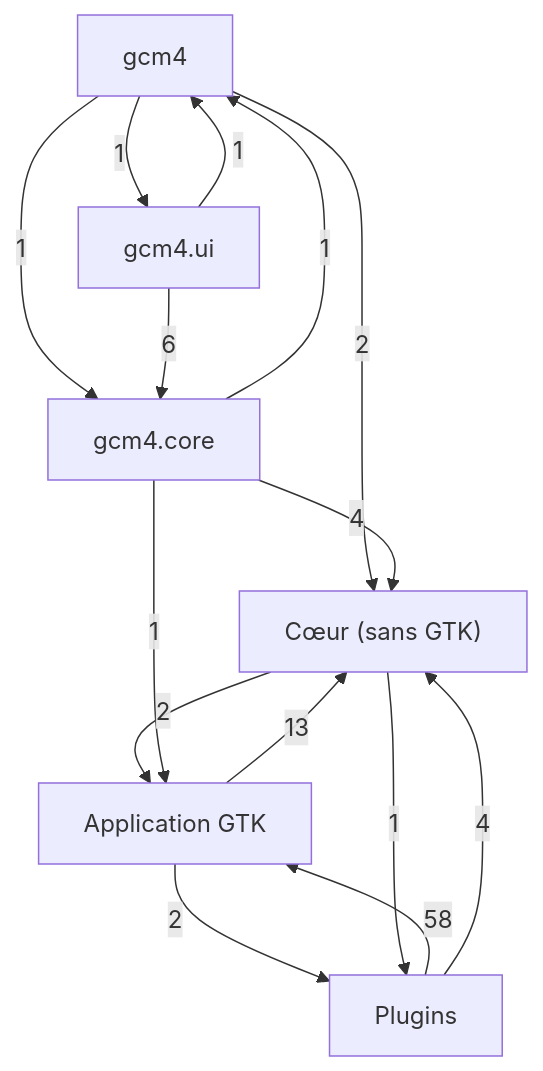
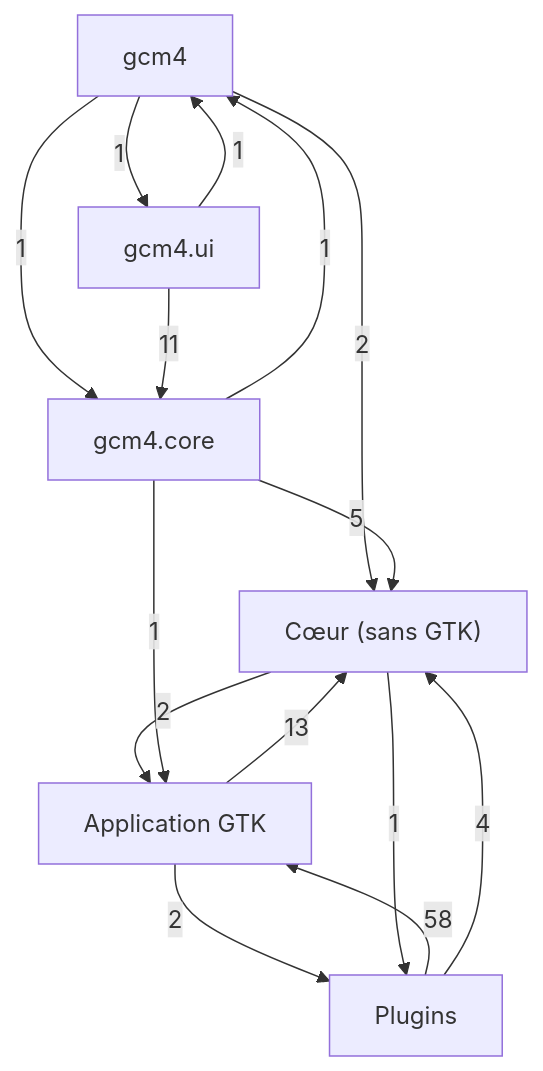
The first of 7 diagrams in docs/class-diagram.md (Mathide-Team/Gcm4), drawn with Mermaid before and after one commit. The commit also changed other lines of this file and 74 other files, not shown here.

````diff
--- a/docs/class-diagram.md
+++ b/docs/class-diagram.md
@@ -21,23 +21,23 @@
 ```mermaid
 flowchart TD
     g0["Cœur (sans GTK)"]
     g1["Application GTK"]
     g2["Plugins"]
     g3["gcm4"]
     g4["gcm4.core"]
     g5["gcm4.ui"]
     g1 -->|13| g0
     g1 -->|2| g2
     g0 -->|2| g1
     g0 -->|1| g2
     g2 -->|58| g1
     g2 -->|4| g0
     g3 -->|2| g0
     g3 -->|1| g4
     g3 -->|1| g5
     g4 -->|1| g1
-    g4 -->|4| g0
+    g4 -->|5| g0
     g4 -->|1| g3
     g5 -->|1| g3
-    g5 -->|6| g4
+    g5 -->|11| g4
 ```
````
